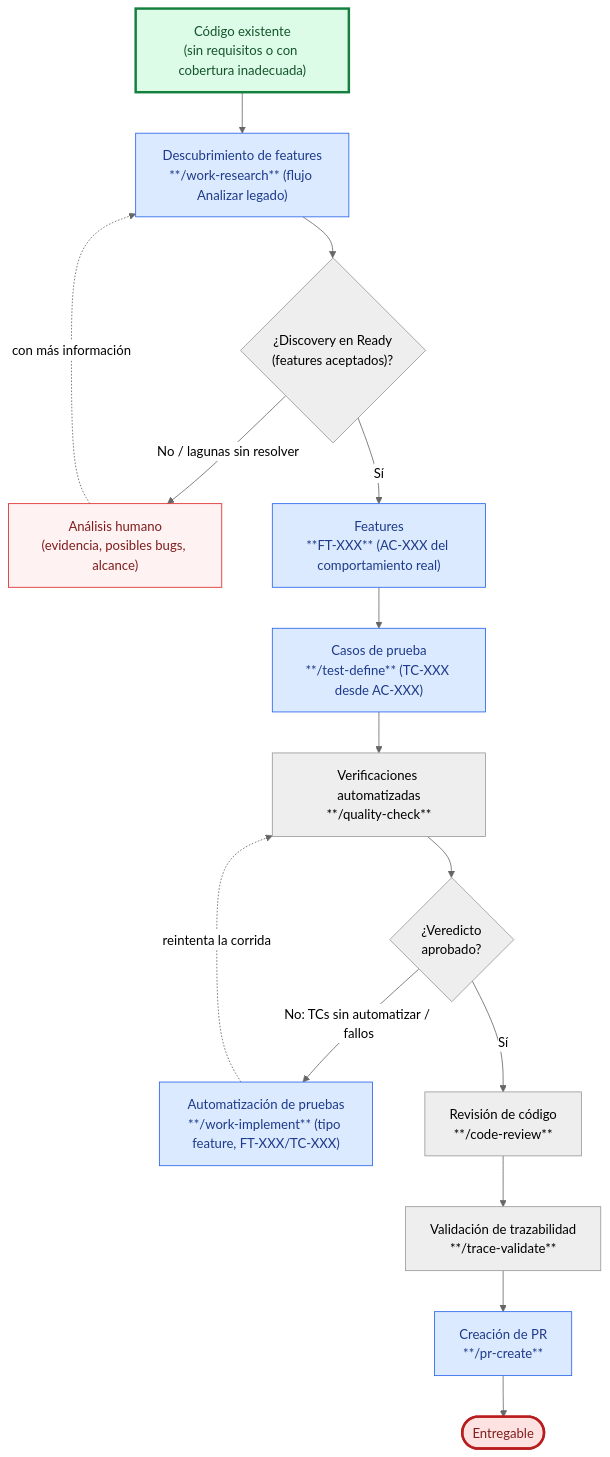
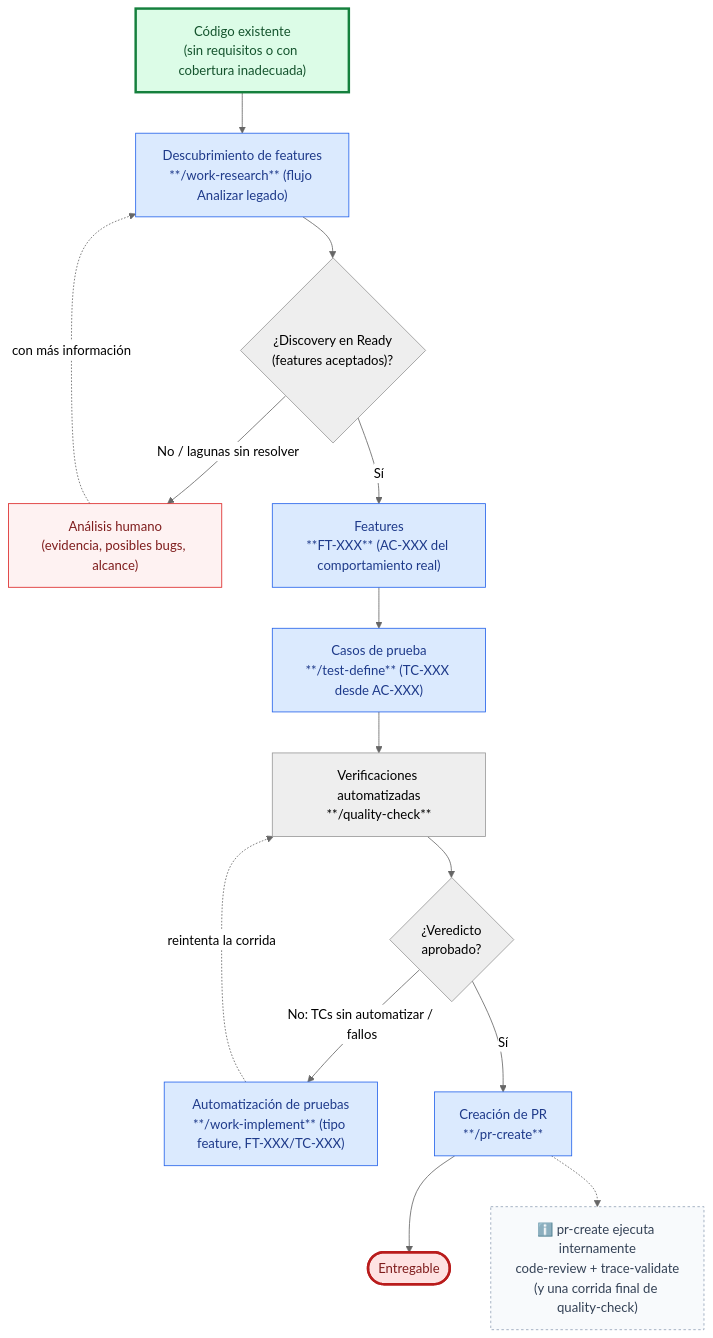
One commit to juanca202/ai changed the diagram in docs/use-cases/test-coverage-legacy-code.md. Above: the diagram before and after it, drawn with Mermaid (neutral theme). The commit also changed other lines of this file and 4 other files, not shown here.

First line of the commit message:
docs(use-cases): collapse quality gates into a pr-create note in flow diagrams

````diff
--- a/docs/use-cases/test-coverage-legacy-code.md
+++ b/docs/use-cases/test-coverage-legacy-code.md
@@ -5,26 +5,28 @@
 ```mermaid
 flowchart TD
     A["Código existente<br/>(sin requisitos o con cobertura inadecuada)"] --> B["Descubrimiento de features<br/>**/work-research** (flujo Analizar legado)"]
     B --> C{"¿Discovery en Ready<br/>(features aceptados)?"}
     C -->|"No / lagunas sin resolver"| H["Análisis humano<br/>(evidencia, posibles bugs, alcance)"]
     H -.->|"con más información"| B
     C -->|"Sí"| D["Features<br/>**FT-XXX** (AC-XXX del comportamiento real)"]
     D --> E["Casos de prueba<br/>**/test-define** (TC-XXX desde AC-XXX)"]
     E --> Q0["Verificaciones automatizadas<br/>**/quality-check**"]
     Q0 --> Q1{"¿Veredicto<br/>aprobado?"}
     Q1 -->|"No: TCs sin automatizar / fallos"| G["Automatización de pruebas<br/>**/work-implement** (tipo feature, FT-XXX/TC-XXX)"]
     G -.->|"reintenta la corrida"| Q0
-    Q1 -->|"Sí"| Q2["Revisión de código<br/>**/code-review**"]
-    Q2 --> Q3["Validación de trazabilidad<br/>**/trace-validate**"]
-    Q3 --> I["Creación de PR<br/>**/pr-create**"]
+    Q1 -->|"Sí"| I["Creación de PR<br/>**/pr-create**"]
     I --> J(["Entregable"])
+    NOTE["ℹ️ pr-create ejecuta internamente<br/>code-review + trace-validate<br/>(y una corrida final de quality-check)"]
+    I -.-> NOTE
 
     classDef main fill:#dbeafe,stroke:#2563eb,color:#1e3a8a
     classDef human fill:#fef2f2,stroke:#dc2626,color:#7f1d1d
     classDef entryPoint fill:#dcfce7,stroke:#15803d,stroke-width:3px,color:#14532d
     classDef exitPoint fill:#fee2e2,stroke:#b91c1c,stroke-width:3px,color:#7f1d1d
+    classDef note fill:#f8fafc,stroke:#94a3b8,stroke-width:1px,stroke-dasharray:3 3,color:#334155
     class B,D,E,G,I main
     class H human
     class A entryPoint
     class J exitPoint
+    class NOTE note
 ```
````
